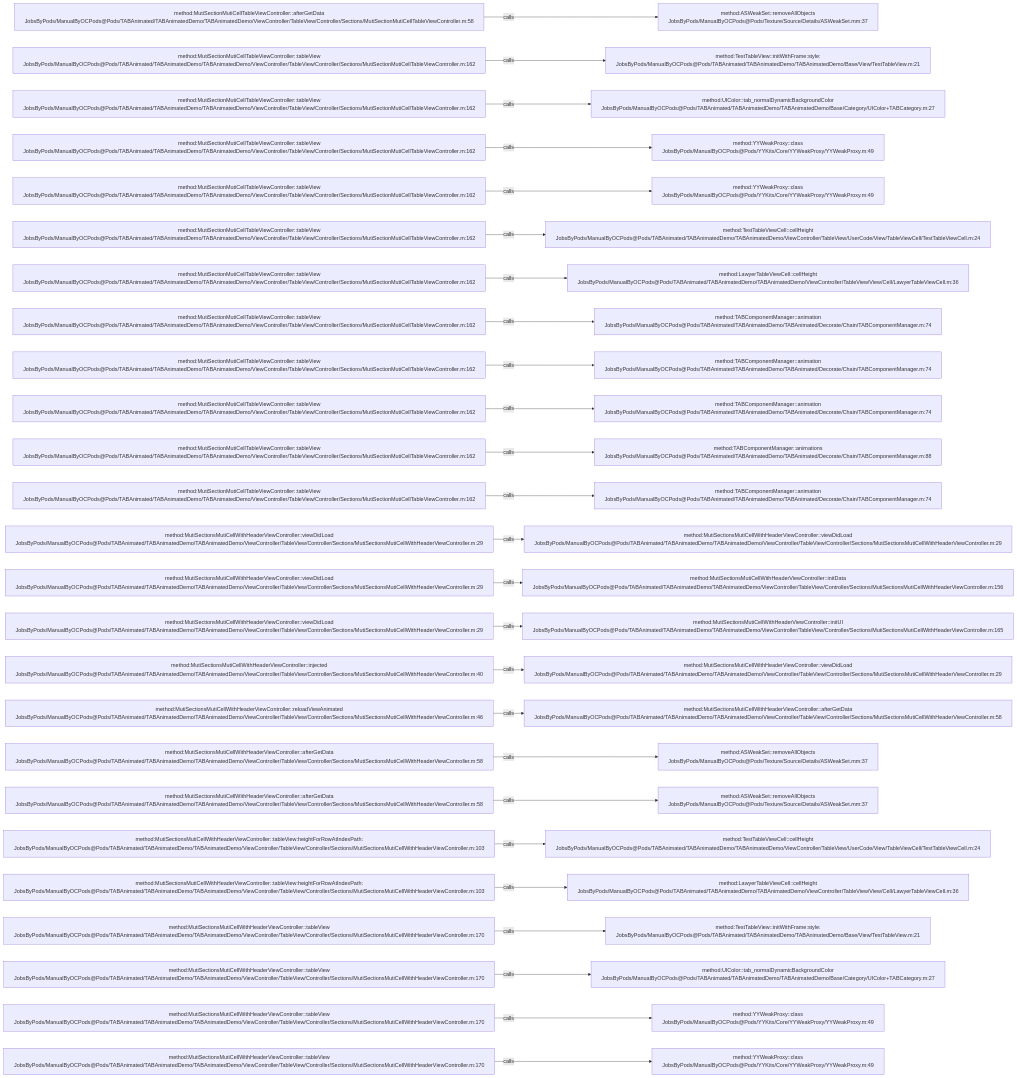
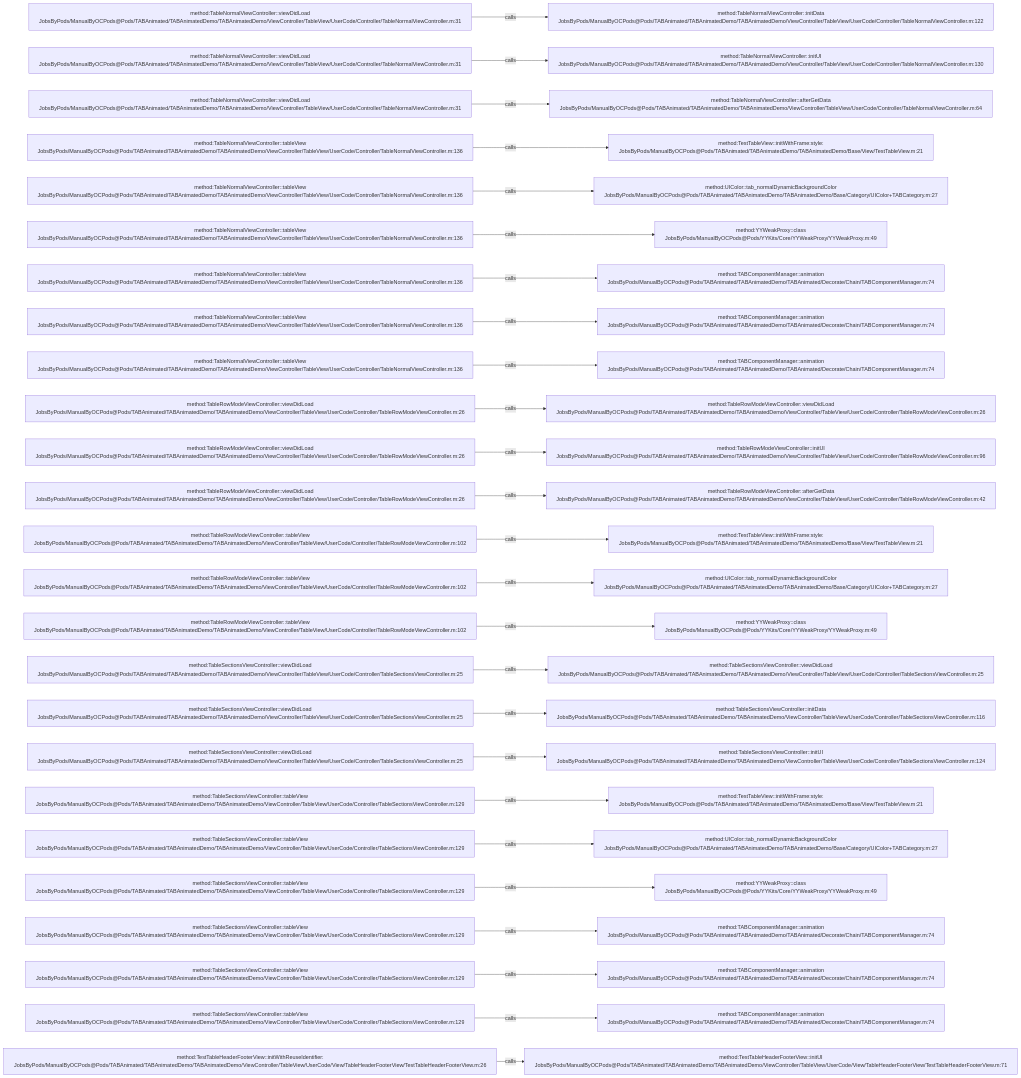
Before and after one commit to JobsKits/JobsOCBaseConfigDemo: the diagram in .codegraph/codegraph.md/graphs/calls-063.md, drawn with Mermaid. The commit also changed 1353 other files, not shown here.

````diff
--- a/.codegraph/codegraph.md/graphs/calls-063.md
+++ b/.codegraph/codegraph.md/graphs/calls-063.md
@@ -13,78 +13,78 @@
 ```mermaid
 flowchart LR
-  S1["method:MutiSectionMutiCellTableViewController::afterGetData<br/>JobsByPods/ManualByOCPods@Pods/TABAnimated/TABAnimatedDemo/TABAnimatedDemo/ViewController/TableView/Controller/Sections/MutiSectionMutiCellTableViewController.m:58"]
-  T1["method:ASWeakSet::removeAllObjects<br/>JobsByPods/ManualByOCPods@Pods/Texture/Source/Details/ASWeakSet.mm:37"]
+  S1["method:TableNormalViewController::viewDidLoad<br/>JobsByPods/ManualByOCPods@Pods/TABAnimated/TABAnimatedDemo/TABAnimatedDemo/ViewController/TableView/UserCode/Controller/TableNormalViewController.m:31"]
+  T1["method:TableNormalViewController::initData<br/>JobsByPods/ManualByOCPods@Pods/TABAnimated/TABAnimatedDemo/TABAnimatedDemo/ViewController/TableView/UserCode/Controller/TableNormalViewController.m:122"]
   S1 -->|calls| T1
-  S2["method:MutiSectionMutiCellTableViewController::tableView<br/>JobsByPods/ManualByOCPods@Pods/TABAnimated/TABAnimatedDemo/TABAnimatedDemo/ViewController/TableView/Controller/Sections/MutiSectionMutiCellTableViewController.m:162"]
-  T2["method:TestTableView::initWithFrame:style:<br/>JobsByPods/ManualByOCPods@Pods/TABAnimated/TABAnimatedDemo/TABAnimatedDemo/Base/View/TestTableView.m:21"]
+  S2["method:TableNormalViewController::viewDidLoad<br/>JobsByPods/ManualByOCPods@Pods/TABAnimated/TABAnimatedDemo/TABAnimatedDemo/ViewController/TableView/UserCode/Controller/TableNormalViewController.m:31"]
+  T2["method:TableNormalViewController::initUI<br/>JobsByPods/ManualByOCPods@Pods/TABAnimated/TABAnimatedDemo/TABAnimatedDemo/ViewController/TableView/UserCode/Controller/TableNormalViewController.m:130"]
   S2 -->|calls| T2
-  S3["method:MutiSectionMutiCellTableViewController::tableView<br/>JobsByPods/ManualByOCPods@Pods/TABAnimated/TABAnimatedDemo/TABAnimatedDemo/ViewController/TableView/Controller/Sections/MutiSectionMutiCellTableViewController.m:162"]
-  T3["method:UIColor::tab_normalDynamicBackgroundColor<br/>JobsByPods/ManualByOCPods@Pods/TABAnimated/TABAnimatedDemo/TABAnimatedDemo/Base/Category/UIColor+TABCategory.m:27"]
+  S3["method:TableNormalViewController::viewDidLoad<br/>JobsByPods/ManualByOCPods@Pods/TABAnimated/TABAnimatedDemo/TABAnimatedDemo/ViewController/TableView/UserCode/Controller/TableNormalViewController.m:31"]
+  T3["method:TableNormalViewController::afterGetData<br/>JobsByPods/ManualByOCPods@Pods/TABAnimated/TABAnimatedDemo/TABAnimatedDemo/ViewController/TableView/UserCode/Controller/TableNormalViewController.m:64"]
   S3 -->|calls| T3
-  S4["method:MutiSectionMutiCellTableViewController::tableView<br/>JobsByPods/ManualByOCPods@Pods/TABAnimated/TABAnimatedDemo/TABAnimatedDemo/ViewController/TableView/Controller/Sections/MutiSectionMutiCellTableViewController.m:162"]
-  T4["method:YYWeakProxy::class<br/>JobsByPods/ManualByOCPods@Pods/YYKits/Core/YYWeakProxy/YYWeakProxy.m:49"]
+  S4["method:TableNormalViewController::tableView<br/>JobsByPods/ManualByOCPods@Pods/TABAnimated/TABAnimatedDemo/TABAnimatedDemo/ViewController/TableView/UserCode/Controller/TableNormalViewController.m:136"]
+  T4["method:TestTableView::initWithFrame:style:<br/>JobsByPods/ManualByOCPods@Pods/TABAnimated/TABAnimatedDemo/TABAnimatedDemo/Base/View/TestTableView.m:21"]
   S4 -->|calls| T4
-  S5["method:MutiSectionMutiCellTableViewController::tableView<br/>JobsByPods/ManualByOCPods@Pods/TABAnimated/TABAnimatedDemo/TABAnimatedDemo/ViewController/TableView/Controller/Sections/MutiSectionMutiCellTableViewController.m:162"]
-  T5["method:YYWeakProxy::class<br/>JobsByPods/ManualByOCPods@Pods/YYKits/Core/YYWeakProxy/YYWeakProxy.m:49"]
+  S5["method:TableNormalViewController::tableView<br/>JobsByPods/ManualByOCPods@Pods/TABAnimated/TABAnimatedDemo/TABAnimatedDemo/ViewController/TableView/UserCode/Controller/TableNormalViewController.m:136"]
+  T5["method:UIColor::tab_normalDynamicBackgroundColor<br/>JobsByPods/ManualByOCPods@Pods/TABAnimated/TABAnimatedDemo/TABAnimatedDemo/Base/Category/UIColor+TABCategory.m:27"]
   S5 -->|calls| T5
-  S6["method:MutiSectionMutiCellTableViewController::tableView<br/>JobsByPods/ManualByOCPods@Pods/TABAnimated/TABAnimatedDemo/TABAnimatedDemo/ViewController/TableView/Controller/Sections/MutiSectionMutiCellTableViewController.m:162"]
-  T6["method:TestTableViewCell::cellHeight<br/>JobsByPods/ManualByOCPods@Pods/TABAnimated/TABAnimatedDemo/TABAnimatedDemo/ViewController/TableView/UserCode/View/TableViewCell/TestTableViewCell.m:24"]
+  S6["method:TableNormalViewController::tableView<br/>JobsByPods/ManualByOCPods@Pods/TABAnimated/TABAnimatedDemo/TABAnimatedDemo/ViewController/TableView/UserCode/Controller/TableNormalViewController.m:136"]
+  T6["method:YYWeakProxy::class<br/>JobsByPods/ManualByOCPods@Pods/YYKits/Core/YYWeakProxy/YYWeakProxy.m:49"]
   S6 -->|calls| T6
-  S7["method:MutiSectionMutiCellTableViewController::tableView<br/>JobsByPods/ManualByOCPods@Pods/TABAnimated/TABAnimatedDemo/TABAnimatedDemo/ViewController/TableView/Controller/Sections/MutiSectionMutiCellTableViewController.m:162"]
-  T7["method:LawyerTableViewCell::cellHeight<br/>JobsByPods/ManualByOCPods@Pods/TABAnimated/TABAnimatedDemo/TABAnimatedDemo/ViewController/TableView/View/Cell/LawyerTableViewCell.m:36"]
+  S7["method:TableNormalViewController::tableView<br/>JobsByPods/ManualByOCPods@Pods/TABAnimated/TABAnimatedDemo/TABAnimatedDemo/ViewController/TableView/UserCode/Controller/TableNormalViewController.m:136"]
+  T7["method:TABComponentManager::animation<br/>JobsByPods/ManualByOCPods@Pods/TABAnimated/TABAnimatedDemo/TABAnimated/Decorate/Chain/TABComponentManager.m:74"]
   S7 -->|calls| T7
-  S8["method:MutiSectionMutiCellTableViewController::tableView<br/>JobsByPods/ManualByOCPods@Pods/TABAnimated/TABAnimatedDemo/TABAnimatedDemo/ViewController/TableView/Controller/Sections/MutiSectionMutiCellTableViewController.m:162"]
+  S8["method:TableNormalViewController::tableView<br/>JobsByPods/ManualByOCPods@Pods/TABAnimated/TABAnimatedDemo/TABAnimatedDemo/ViewController/TableView/UserCode/Controller/TableNormalViewController.m:136"]
   T8["method:TABComponentManager::animation<br/>JobsByPods/ManualByOCPods@Pods/TABAnimated/TABAnimatedDemo/TABAnimated/Decorate/Chain/TABComponentManager.m:74"]
   S8 -->|calls| T8
-  S9["method:MutiSectionMutiCellTableViewController::tableView<br/>JobsByPods/ManualByOCPods@Pods/TABAnimated/TABAnimatedDemo/TABAnimatedDemo/ViewController/TableView/Controller/Sections/MutiSectionMutiCellTableViewController.m:162"]
+  S9["method:TableNormalViewController::tableView<br/>JobsByPods/ManualByOCPods@Pods/TABAnimated/TABAnimatedDemo/TABAnimatedDemo/ViewController/TableView/UserCode/Controller/TableNormalViewController.m:136"]
   T9["method:TABComponentManager::animation<br/>JobsByPods/ManualByOCPods@Pods/TABAnimated/TABAnimatedDemo/TABAnimated/Decorate/Chain/TABComponentManager.m:74"]
   S9 -->|calls| T9
-  S10["method:MutiSectionMutiCellTableViewController::tableView<br/>JobsByPods/ManualByOCPods@Pods/TABAnimated/TABAnimatedDemo/TABAnimatedDemo/ViewController/TableView/Controller/Sections/MutiSectionMutiCellTableViewController.m:162"]
-  T10["method:TABComponentManager::animation<br/>JobsByPods/ManualByOCPods@Pods/TABAnimated/TABAnimatedDemo/TABAnimated/Decorate/Chain/TABComponentManager.m:74"]
+  S10["method:TableRowModeViewController::viewDidLoad<br/>JobsByPods/ManualByOCPods@Pods/TABAnimated/TABAnimatedDemo/TABAnimatedDemo/ViewController/TableView/UserCode/Controller/TableRowModeViewController.m:26"]
+  T10["method:TableRowModeViewController::viewDidLoad<br/>JobsByPods/ManualByOCPods@Pods/TABAnimated/TABAnimatedDemo/TABAnimatedDemo/ViewController/TableView/UserCode/Controller/TableRowModeViewController.m:26"]
   S10 -->|calls| T10
-  S11["method:MutiSectionMutiCellTableViewController::tableView<br/>JobsByPods/ManualByOCPods@Pods/TABAnimated/TABAnimatedDemo/TABAnimatedDemo/ViewController/TableView/Controller/Sections/MutiSectionMutiCellTableViewController.m:162"]
-  T11["method:TABComponentManager::animations<br/>JobsByPods/ManualByOCPods@Pods/TABAnimated/TABAnimatedDemo/TABAnimated/Decorate/Chain/TABComponentManager.m:88"]
+  S11["method:TableRowModeViewController::viewDidLoad<br/>JobsByPods/ManualByOCPods@Pods/TABAnimated/TABAnimatedDemo/TABAnimatedDemo/ViewController/TableView/UserCode/Controller/TableRowModeViewController.m:26"]
+  T11["method:TableRowModeViewController::initUI<br/>JobsByPods/ManualByOCPods@Pods/TABAnimated/TABAnimatedDemo/TABAnimatedDemo/ViewController/TableView/UserCode/Controller/TableRowModeViewController.m:96"]
   S11 -->|calls| T11
-  S12["method:MutiSectionMutiCellTableViewController::tableView<br/>JobsByPods/ManualByOCPods@Pods/TABAnimated/TABAnimatedDemo/TABAnimatedDemo/ViewController/TableView/Controller/Sections/MutiSectionMutiCellTableViewController.m:162"]
-  T12["method:TABComponentManager::animation<br/>JobsByPods/ManualByOCPods@Pods/TABAnimated/TABAnimatedDemo/TABAnimated/Decorate/Chain/TABComponentManager.m:74"]
+  S12["method:TableRowModeViewController::viewDidLoad<br/>JobsByPods/ManualByOCPods@Pods/TABAnimated/TABAnimatedDemo/TABAnimatedDemo/ViewController/TableView/UserCode/Controller/TableRowModeViewController.m:26"]
+  T12["method:TableRowModeViewController::afterGetData<br/>JobsByPods/ManualByOCPods@Pods/TABAnimated/TABAnimatedDemo/TABAnimatedDemo/ViewController/TableView/UserCode/Controller/TableRowModeViewController.m:42"]
   S12 -->|calls| T12
-  S13["method:MutiSectionsMutiCellWithHeaderViewController::viewDidLoad<br/>JobsByPods/ManualByOCPods@Pods/TABAnimated/TABAnimatedDemo/TABAnimatedDemo/ViewController/TableView/Controller/Sections/MutiSectionsMutiCellWithHeaderViewController.m:29"]
-  T13["method:MutiSectionsMutiCellWithHeaderViewController::viewDidLoad<br/>JobsByPods/ManualByOCPods@Pods/TABAnimated/TABAnimatedDemo/TABAnimatedDemo/ViewController/TableView/Controller/Sections/MutiSectionsMutiCellWithHeaderViewController.m:29"]
+  S13["method:TableRowModeViewController::tableView<br/>JobsByPods/ManualByOCPods@Pods/TABAnimated/TABAnimatedDemo/TABAnimatedDemo/ViewController/TableView/UserCode/Controller/TableRowModeViewController.m:102"]
+  T13["method:TestTableView::initWithFrame:style:<br/>JobsByPods/ManualByOCPods@Pods/TABAnimated/TABAnimatedDemo/TABAnimatedDemo/Base/View/TestTableView.m:21"]
   S13 -->|calls| T13
-  S14["method:MutiSectionsMutiCellWithHeaderViewController::viewDidLoad<br/>JobsByPods/ManualByOCPods@Pods/TABAnimated/TABAnimatedDemo/TABAnimatedDemo/ViewController/TableView/Controller/Sections/MutiSectionsMutiCellWithHeaderViewController.m:29"]
-  T14["method:MutiSectionsMutiCellWithHeaderViewController::initData<br/>JobsByPods/ManualByOCPods@Pods/TABAnimated/TABAnimatedDemo/TABAnimatedDemo/ViewController/TableView/Controller/Sections/MutiSectionsMutiCellWithHeaderViewController.m:156"]
+  S14["method:TableRowModeViewController::tableView<br/>JobsByPods/ManualByOCPods@Pods/TABAnimated/TABAnimatedDemo/TABAnimatedDemo/ViewController/TableView/UserCode/Controller/TableRowModeViewController.m:102"]
+  T14["method:UIColor::tab_normalDynamicBackgroundColor<br/>JobsByPods/ManualByOCPods@Pods/TABAnimated/TABAnimatedDemo/TABAnimatedDemo/Base/Category/UIColor+TABCategory.m:27"]
   S14 -->|calls| T14
-  S15["method:MutiSectionsMutiCellWithHeaderViewController::viewDidLoad<br/>JobsByPods/ManualByOCPods@Pods/TABAnimated/TABAnimatedDemo/TABAnimatedDemo/ViewController/TableView/Controller/Sections/MutiSectionsMutiCellWithHeaderViewController.m:29"]
-  T15["method:MutiSectionsMutiCellWithHeaderViewController::initUI<br/>JobsByPods/ManualByOCPods@Pods/TABAnimated/TABAnimatedDemo/TABAnimatedDemo/ViewController/TableView/Controller/Sections/MutiSectionsMutiCellWithHeaderViewController.m:165"]
+  S15["method:TableRowModeViewController::tableView<br/>JobsByPods/ManualByOCPods@Pods/TABAnimated/TABAnimatedDemo/TABAnimatedDemo/ViewController/TableView/UserCode/Controller/TableRowModeViewController.m:102"]
+  T15["method:YYWeakProxy::class<br/>JobsByPods/ManualByOCPods@Pods/YYKits/Core/YYWeakProxy/YYWeakProxy.m:49"]
   S15 -->|calls| T15
-  S16["method:MutiSectionsMutiCellWithHeaderViewController::injected<br/>JobsByPods/ManualByOCPods@Pods/TABAnimated/TABAnimatedDemo/TABAnimatedDemo/ViewController/TableView/Controller/Sections/MutiSectionsMutiCellWithHeaderViewController.m:40"]
-  T16["method:MutiSectionsMutiCellWithHeaderViewController::viewDidLoad<br/>JobsByPods/ManualByOCPods@Pods/TABAnimated/TABAnimatedDemo/TABAnimatedDemo/ViewController/TableView/Controller/Sections/MutiSectionsMutiCellWithHeaderViewController.m:29"]
+  S16["method:TableSectionsViewController::viewDidLoad<br/>JobsByPods/ManualByOCPods@Pods/TABAnimated/TABAnimatedDemo/TABAnimatedDemo/ViewController/TableView/UserCode/Controller/TableSectionsViewController.m:25"]
+  T16["method:TableSectionsViewController::viewDidLoad<br/>JobsByPods/ManualByOCPods@Pods/TABAnimated/TABAnimatedDemo/TABAnimatedDemo/ViewController/TableView/UserCode/Controller/TableSectionsViewController.m:25"]
   S16 -->|calls| T16
-  S17["method:MutiSectionsMutiCellWithHeaderViewController::reloadViewAnimated<br/>JobsByPods/ManualByOCPods@Pods/TABAnimated/TABAnimatedDemo/TABAnimatedDemo/ViewController/TableView/Controller/Sections/MutiSectionsMutiCellWithHeaderViewController.m:46"]
-  T17["method:MutiSectionsMutiCellWithHeaderViewController::afterGetData<br/>JobsByPods/ManualByOCPods@Pods/TABAnimated/TABAnimatedDemo/TABAnimatedDemo/ViewController/TableView/Controller/Sections/MutiSectionsMutiCellWithHeaderViewController.m:58"]
+  S17["method:TableSectionsViewController::viewDidLoad<br/>JobsByPods/ManualByOCPods@Pods/TABAnimated/TABAnimatedDemo/TABAnimatedDemo/ViewController/TableView/UserCode/Controller/TableSectionsViewController.m:25"]
+  T17["method:TableSectionsViewController::initData<br/>JobsByPods/ManualByOCPods@Pods/TABAnimated/TABAnimatedDemo/TABAnimatedDemo/ViewController/TableView/UserCode/Controller/TableSectionsViewController.m:116"]
   S17 -->|calls| T17
-  S18["method:MutiSectionsMutiCellWithHeaderViewController::afterGetData<br/>JobsByPods/ManualByOCPods@Pods/TABAnimated/TABAnimatedDemo/TABAnimatedDemo/ViewController/TableView/Controller/Sections/MutiSectionsMutiCellWithHeaderViewController.m:58"]
-  T18["method:ASWeakSet::removeAllObjects<br/>JobsByPods/ManualByOCPods@Pods/Texture/Source/Details/ASWeakSet.mm:37"]
+  S18["method:TableSectionsViewController::viewDidLoad<br/>JobsByPods/ManualByOCPods@Pods/TABAnimated/TABAnimatedDemo/TABAnimatedDemo/ViewController/TableView/UserCode/Controller/TableSectionsViewController.m:25"]
+  T18["method:TableSectionsViewController::initUI<br/>JobsByPods/ManualByOCPods@Pods/TABAnimated/TABAnimatedDemo/TABAnimatedDemo/ViewController/TableView/UserCode/Controller/TableSectionsViewController.m:124"]
   S18 -->|calls| T18
-  S19["method:MutiSectionsMutiCellWithHeaderViewController::afterGetData<br/>JobsByPods/ManualByOCPods@Pods/TABAnimated/TABAnimatedDemo/TABAnimatedDemo/ViewController/TableView/Controller/Sections/MutiSectionsMutiCellWithHeaderViewController.m:58"]
-  T19["method:ASWeakSet::removeAllObjects<br/>JobsByPods/ManualByOCPods@Pods/Texture/Source/Details/ASWeakSet.mm:37"]
+  S19["method:TableSectionsViewController::tableView<br/>JobsByPods/ManualByOCPods@Pods/TABAnimated/TABAnimatedDemo/TABAnimatedDemo/ViewController/TableView/UserCode/Controller/TableSectionsViewController.m:129"]
+  T19["method:TestTableView::initWithFrame:style:<br/>JobsByPods/ManualByOCPods@Pods/TABAnimated/TABAnimatedDemo/TABAnimatedDemo/Base/View/TestTableView.m:21"]
   S19 -->|calls| T19
-  S20["method:MutiSectionsMutiCellWithHeaderViewController::tableView:heightForRowAtIndexPath:<br/>JobsByPods/ManualByOCPods@Pods/TABAnimated/TABAnimatedDemo/TABAnimatedDemo/ViewController/TableView/Controller/Sections/MutiSectionsMutiCellWithHeaderViewController.m:103"]
-  T20["method:TestTableViewCell::cellHeight<br/>JobsByPods/ManualByOCPods@Pods/TABAnimated/TABAnimatedDemo/TABAnimatedDemo/ViewController/TableView/UserCode/View/TableViewCell/TestTableViewCell.m:24"]
+  S20["method:TableSectionsViewController::tableView<br/>JobsByPods/ManualByOCPods@Pods/TABAnimated/TABAnimatedDemo/TABAnimatedDemo/ViewController/TableView/UserCode/Controller/TableSectionsViewController.m:129"]
+  T20["method:UIColor::tab_normalDynamicBackgroundColor<br/>JobsByPods/ManualByOCPods@Pods/TABAnimated/TABAnimatedDemo/TABAnimatedDemo/Base/Category/UIColor+TABCategory.m:27"]
   S20 -->|calls| T20
-  S21["method:MutiSectionsMutiCellWithHeaderViewController::tableView:heightForRowAtIndexPath:<br/>JobsByPods/ManualByOCPods@Pods/TABAnimated/TABAnimatedDemo/TABAnimatedDemo/ViewController/TableView/Controller/Sections/MutiSectionsMutiCellWithHeaderViewController.m:103"]
-  T21["method:LawyerTableViewCell::cellHeight<br/>JobsByPods/ManualByOCPods@Pods/TABAnimated/TABAnimatedDemo/TABAnimatedDemo/ViewController/TableView/View/Cell/LawyerTableViewCell.m:36"]
+  S21["method:TableSectionsViewController::tableView<br/>JobsByPods/ManualByOCPods@Pods/TABAnimated/TABAnimatedDemo/TABAnimatedDemo/ViewController/TableView/UserCode/Controller/TableSectionsViewController.m:129"]
+  T21["method:YYWeakProxy::class<br/>JobsByPods/ManualByOCPods@Pods/YYKits/Core/YYWeakProxy/YYWeakProxy.m:49"]
   S21 -->|calls| T21
-  S22["method:MutiSectionsMutiCellWithHeaderViewController::tableView<br/>JobsByPods/ManualByOCPods@Pods/TABAnimated/TABAnimatedDemo/TABAnimatedDemo/ViewController/TableView/Controller/Sections/MutiSectionsMutiCellWithHeaderViewController.m:170"]
-  T22["method:TestTableView::initWithFrame:style:<br/>JobsByPods/ManualByOCPods@Pods/TABAnimated/TABAnimatedDemo/TABAnimatedDemo/Base/View/TestTableView.m:21"]
+  S22["method:TableSectionsViewController::tableView<br/>JobsByPods/ManualByOCPods@Pods/TABAnimated/TABAnimatedDemo/TABAnimatedDemo/ViewController/TableView/UserCode/Controller/TableSectionsViewController.m:129"]
+  T22["method:TABComponentManager::animation<br/>JobsByPods/ManualByOCPods@Pods/TABAnimated/TABAnimatedDemo/TABAnimated/Decorate/Chain/TABComponentManager.m:74"]
   S22 -->|calls| T22
-  S23["method:MutiSectionsMutiCellWithHeaderViewController::tableView<br/>JobsByPods/ManualByOCPods@Pods/TABAnimated/TABAnimatedDemo/TABAnimatedDemo/ViewController/TableView/Controller/Sections/MutiSectionsMutiCellWithHeaderViewController.m:170"]
-  T23["method:UIColor::tab_normalDynamicBackgroundColor<br/>JobsByPods/ManualByOCPods@Pods/TABAnimated/TABAnimatedDemo/TABAnimatedDemo/Base/Category/UIColor+TABCategory.m:27"]
+  S23["method:TableSectionsViewController::tableView<br/>JobsByPods/ManualByOCPods@Pods/TABAnimated/TABAnimatedDemo/TABAnimatedDemo/ViewController/TableView/UserCode/Controller/TableSectionsViewController.m:129"]
+  T23["method:TABComponentManager::animation<br/>JobsByPods/ManualByOCPods@Pods/TABAnimated/TABAnimatedDemo/TABAnimated/Decorate/Chain/TABComponentManager.m:74"]
   S23 -->|calls| T23
-  S24["method:MutiSectionsMutiCellWithHeaderViewController::tableView<br/>JobsByPods/ManualByOCPods@Pods/TABAnimated/TABAnimatedDemo/TABAnimatedDemo/ViewController/TableView/Controller/Sections/MutiSectionsMutiCellWithHeaderViewController.m:170"]
-  T24["method:YYWeakProxy::class<br/>JobsByPods/ManualByOCPods@Pods/YYKits/Core/YYWeakProxy/YYWeakProxy.m:49"]
+  S24["method:TableSectionsViewController::tableView<br/>JobsByPods/ManualByOCPods@Pods/TABAnimated/TABAnimatedDemo/TABAnimatedDemo/ViewController/TableView/UserCode/Controller/TableSectionsViewController.m:129"]
+  T24["method:TABComponentManager::animation<br/>JobsByPods/ManualByOCPods@Pods/TABAnimated/TABAnimatedDemo/TABAnimated/Decorate/Chain/TABComponentManager.m:74"]
   S24 -->|calls| T24
-  S25["method:MutiSectionsMutiCellWithHeaderViewController::tableView<br/>JobsByPods/ManualByOCPods@Pods/TABAnimated/TABAnimatedDemo/TABAnimatedDemo/ViewController/TableView/Controller/Sections/MutiSectionsMutiCellWithHeaderViewController.m:170"]
-  T25["method:YYWeakProxy::class<br/>JobsByPods/ManualByOCPods@Pods/YYKits/Core/YYWeakProxy/YYWeakProxy.m:49"]
+  S25["method:TestTableHeaderFooterView::initWithReuseIdentifier:<br/>JobsByPods/ManualByOCPods@Pods/TABAnimated/TABAnimatedDemo/TABAnimatedDemo/ViewController/TableView/UserCode/View/TableHeaderFooterView/TestTableHeaderFooterView.m:26"]
+  T25["method:TestTableHeaderFooterView::initUI<br/>JobsByPods/ManualByOCPods@Pods/TABAnimated/TABAnimatedDemo/TABAnimatedDemo/ViewController/TableView/UserCode/View/TableHeaderFooterView/TestTableHeaderFooterView.m:71"]
   S25 -->|calls| T25
 ```
````
